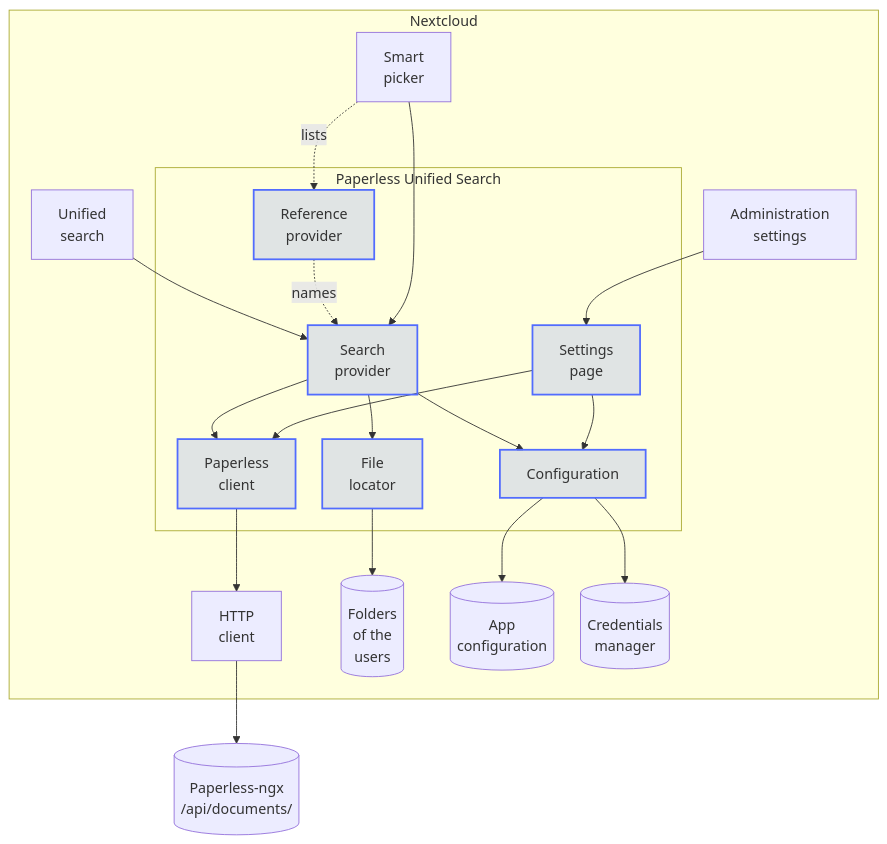
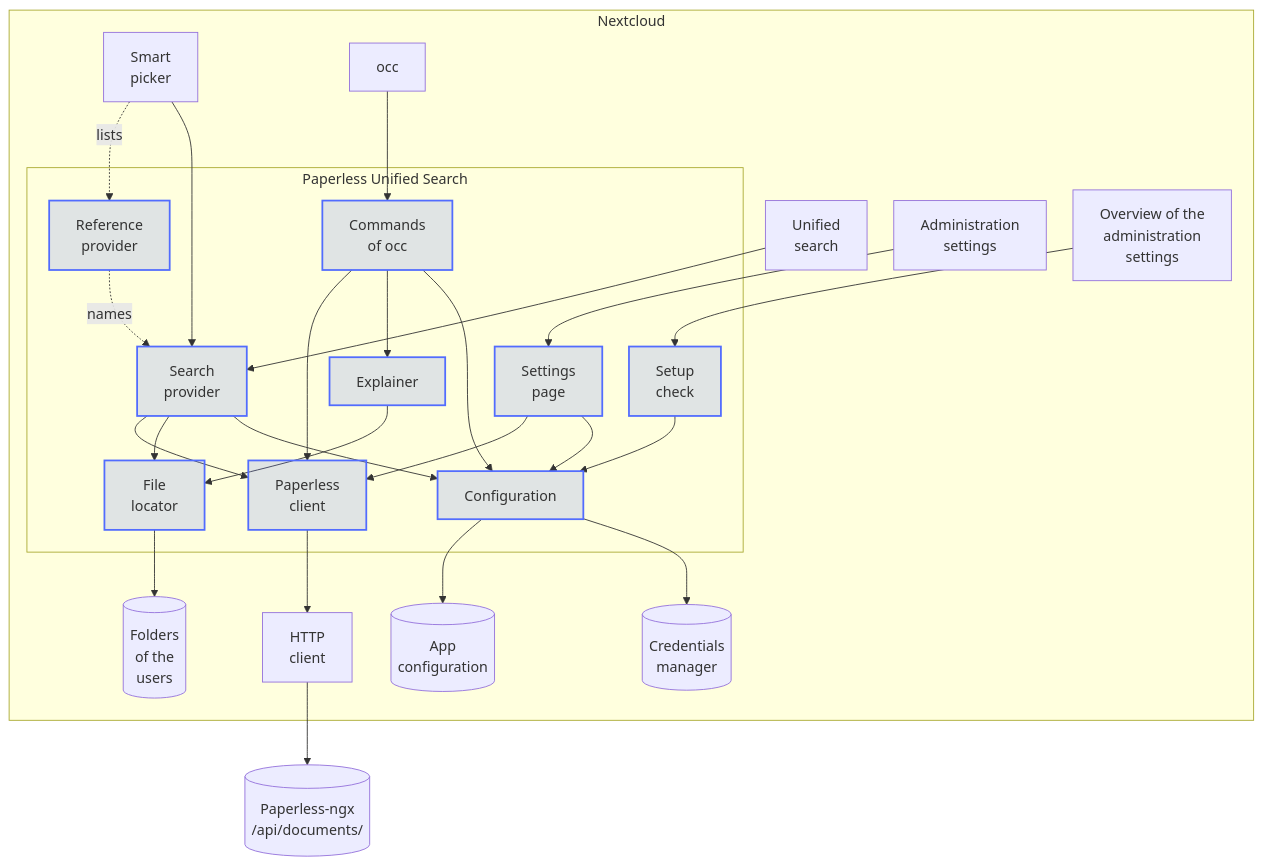
Before and after one commit to Dennis-Otto/paperless-unified-search: the diagram in docs/diagrams/the-components.mmd, drawn with Mermaid. The commit also changed 55 other files, not shown here.

First line of the commit message:
feat: occ commands to set up, test and explain the search, and a setup check in the overview (#138)

```diff
--- a/docs/diagrams/the-components.mmd
+++ b/docs/diagrams/the-components.mmd
@@ -1,46 +1,57 @@
 ---
 config:
   flowchart:
     wrappingWidth: 400
     nodeSpacing: 30
 ---
 flowchart TB
     accTitle: The components
-    accDescr: Inside Nextcloud, the unified search calls the search provider of the app, and the administration settings call its settings page. The smart picker finds Paperless documents through the reference provider of the app, which names the search provider, and then calls the search provider as the unified search does. The search provider uses the Paperless client, the file locator and the configuration; the settings page uses the Paperless client and the configuration. The Paperless client reaches /api/documents/ of Paperless-ngx through Nextcloud's HTTP client, the file locator looks into the folders of the users, and the configuration keeps its values in the app configuration and the token in the credentials manager.
+    accDescr: Inside Nextcloud, the unified search calls the search provider of the app, and the administration settings call its settings page. The smart picker finds Paperless documents through the reference provider of the app, which names the search provider, and then calls the search provider as the unified search does. occ runs the commands of the app, and the overview of the administration settings runs its setup check. The search provider uses the Paperless client, the file locator and the configuration; the settings page and the commands use the Paperless client and the configuration, and the commands also the explainer, which asks the file locator. The setup check reads only the configuration. The Paperless client reaches /api/documents/ of Paperless-ngx through Nextcloud's HTTP client, the file locator looks into the folders of the users, and the configuration keeps its values in the app configuration and the token in the credentials manager.
 
     subgraph nextcloud ["Nextcloud"]
         search["Unified<br>search"]
         picker["Smart<br>picker"]
         page["Administration<br>settings"]
+        occ["occ"]
+        overview["Overview of the<br>administration<br>settings"]
         subgraph app ["Paperless Unified Search"]
             reference["Reference<br>provider"]
             provider["Search<br>provider"]
             controller["Settings<br>page"]
+            commands["Commands<br>of occ"]
+            setupcheck["Setup<br>check"]
+            explainer["Explainer"]
             client["Paperless<br>client"]
             locator["File<br>locator"]
             config["Configuration"]
         end
         http["HTTP<br>client"]
         folders[("Folders<br>of the<br>users")]
         appconfig[("App<br>configuration")]
         credentials[("Credentials<br>manager")]
     end
     paperless[("Paperless-ngx<br>/api/documents/")]
 
     search --> provider
     picker -. "lists" .-> reference
     reference -. "names" .-> provider
     picker --> provider
     page --> controller
+    occ --> commands
+    overview --> setupcheck
     provider --> client
     provider --> locator
     provider --> config
     controller --> client
     controller --> config
+    commands --> client
+    commands --> explainer --> locator
+    commands --> config
+    setupcheck --> config
     client --> http --> paperless
     locator --> folders
     config --> appconfig
     config --> credentials
 
     classDef app fill:#526cfe2e,stroke:#526cfe,stroke-width:2px
-    class reference,provider,controller,client,locator,config app
+    class reference,provider,controller,commands,setupcheck,explainer,client,locator,config app
```
